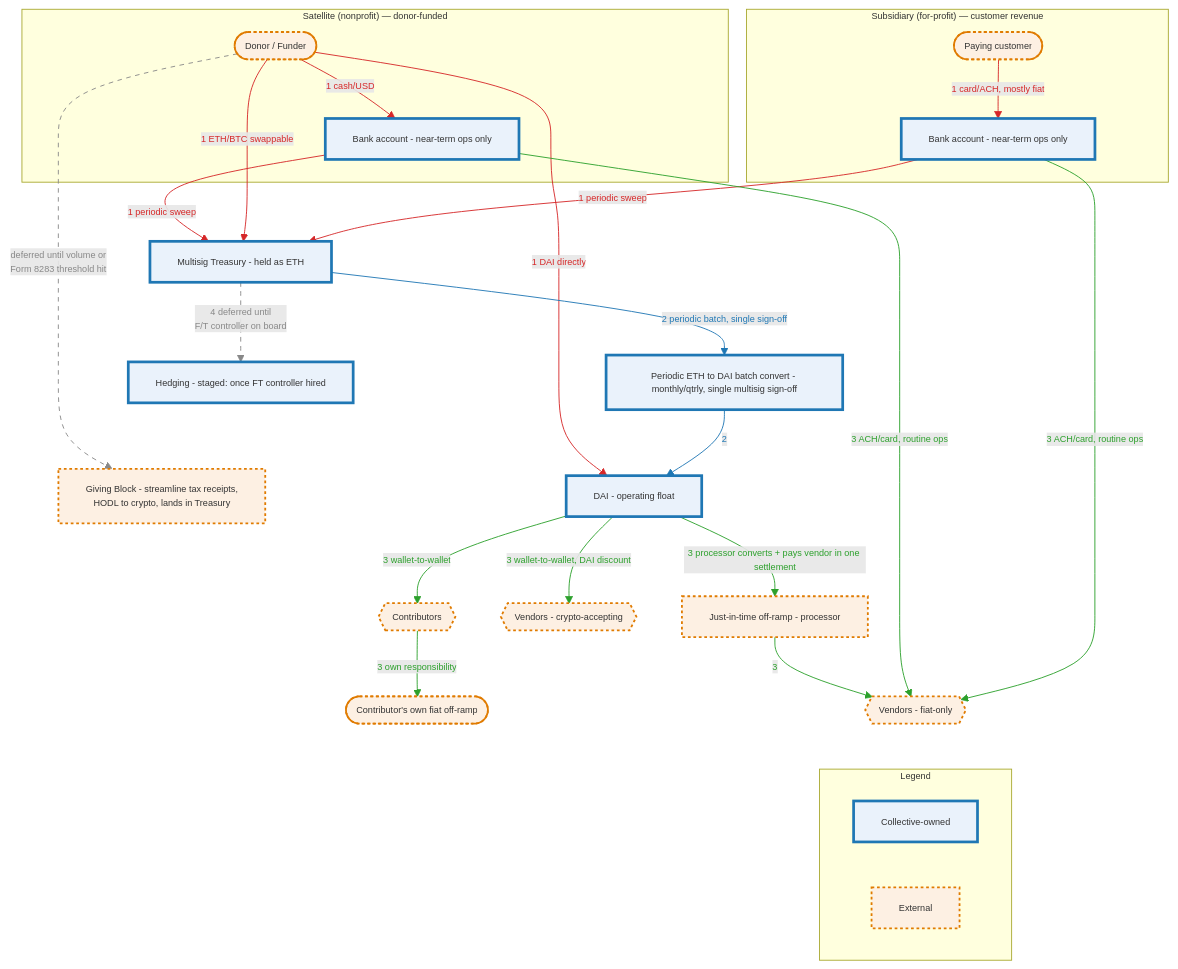
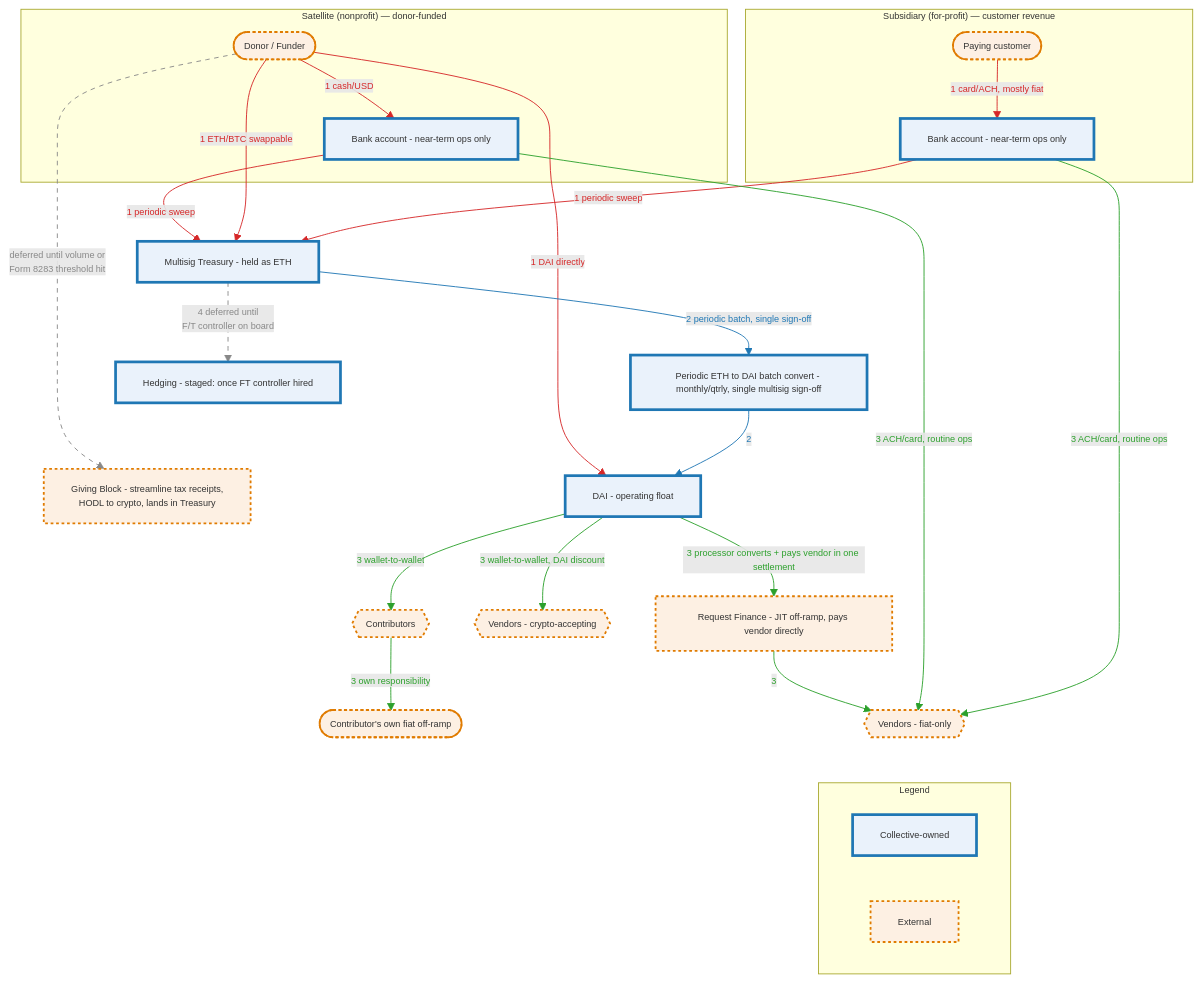
Before and after one commit to doikayt/admin: the third of 4 diagrams in governance/commons-hub-pattern.md, drawn with Mermaid.

Commit message:
docs: name Request Finance as the JIT off-ramp processor
Real, currently-operating service purpose-built for this use case -
crypto-to-fiat vendor payouts across 190+ countries, settles
directly to the vendor's bank account with no standing balance on
the paying org's side. Matches the node's existing description more
precisely than a generic "processor" label.

````diff
--- a/governance/commons-hub-pattern.md
+++ b/governance/commons-hub-pattern.md
@@ -880,68 +880,68 @@
 ```mermaid
 %%{init: {"themeVariables": {"fontSize": "10px"}}}%%
 flowchart TD
     subgraph SAT["Satellite (nonprofit) — donor-funded"]
         Donor([Donor / Funder])
         SatBank[Bank account - near-term ops only]
     end
 
     subgraph SUB["Subsidiary (for-profit) — customer revenue"]
         Customer([Paying customer])
         SubBank[Bank account - near-term ops only]
     end
 
     DonationProcessor[Giving Block - streamline tax receipts,<br/>HODL to crypto, lands in Treasury]
     Treasury[Multisig Treasury - held as ETH]
     BatchConvert[Periodic ETH to DAI batch convert - monthly/qtrly, single multisig sign-off]
     DAIFloat[DAI - operating float]
     Contributors{{Contributors}}
     ContribOfframp([Contributor's own fiat off-ramp])
     VendorsCrypto{{Vendors - crypto-accepting}}
-    OffRampJIT[Just-in-time off-ramp - processor]
+    OffRampJIT[Request Finance - JIT off-ramp, pays vendor directly]
     VendorsFiat{{Vendors - fiat-only}}
     Hedge[Hedging - staged: once FT controller hired]
 
     subgraph LEGEND["Legend"]
         L1[Collective-owned]
         L2[External]
     end
 
     Donor -- "1 cash/USD" --> SatBank
     SatBank -- "1 periodic sweep" --> Treasury
     Donor -- "1 DAI directly" --> DAIFloat
     Donor -- "1 ETH/BTC swappable" --> Treasury
     Customer -- "1 card/ACH, mostly fiat" --> SubBank
     SubBank -- "1 periodic sweep" --> Treasury
 
     Donor -.->|"deferred until volume or<br/>Form 8283 threshold hit"| DonationProcessor
 
     Treasury -- "2 periodic batch, single sign-off" --> BatchConvert
     BatchConvert -- "2" --> DAIFloat
 
     DAIFloat -- "3 wallet-to-wallet" --> Contributors
     Contributors -- "3 own responsibility" --> ContribOfframp
     DAIFloat -- "3 wallet-to-wallet, DAI discount" --> VendorsCrypto
     DAIFloat -- "3 processor converts + pays vendor in one settlement" --> OffRampJIT
     OffRampJIT -- "3" --> VendorsFiat
     SatBank -- "3 ACH/card, routine ops" --> VendorsFiat
     SubBank -- "3 ACH/card, routine ops" --> VendorsFiat
 
     Treasury -.->|"4 deferred until<br/>F/T controller on board"| Hedge
 
     Hedge ~~~ DonationProcessor
     Donor ~~~ SatBank
     VendorsFiat ~~~ LEGEND
 
     linkStyle 0,1,2,3,4,5 stroke:#d62728,color:#d62728
     linkStyle 7,8 stroke:#1f77b4,color:#1f77b4
     linkStyle 9,10,11,12,13,14,15 stroke:#2ca02c,color:#2ca02c
     linkStyle 6,16 stroke:#888888,color:#888888,stroke-dasharray: 5 5
 
     classDef owned fill:#eaf2fb,stroke:#1f77b4,stroke-width:3px
     classDef external fill:#fdf0e3,stroke:#e07b00,stroke-width:2px,stroke-dasharray:3 3
     class L1 owned
     class L2 external
     class Treasury,SatBank,SubBank,BatchConvert,DAIFloat,Hedge owned
     class Donor,DonationProcessor,Customer,Contributors,ContribOfframp external
     class VendorsCrypto,OffRampJIT,VendorsFiat external
 ```
````
